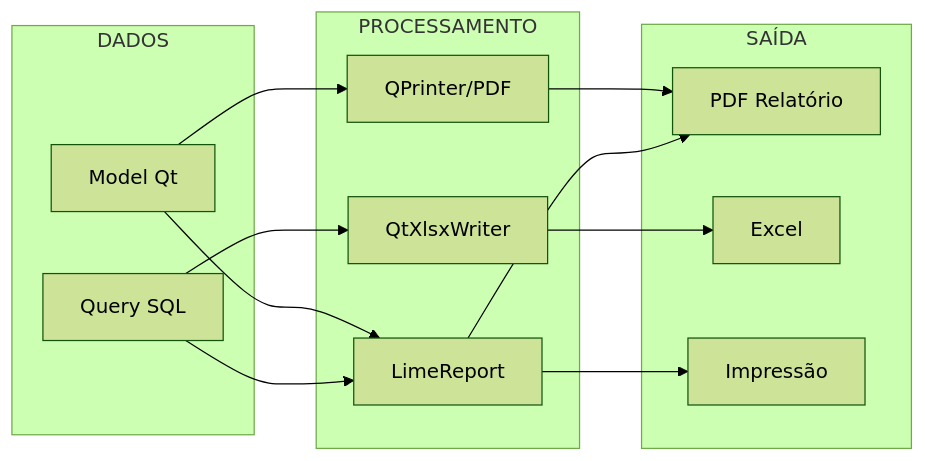
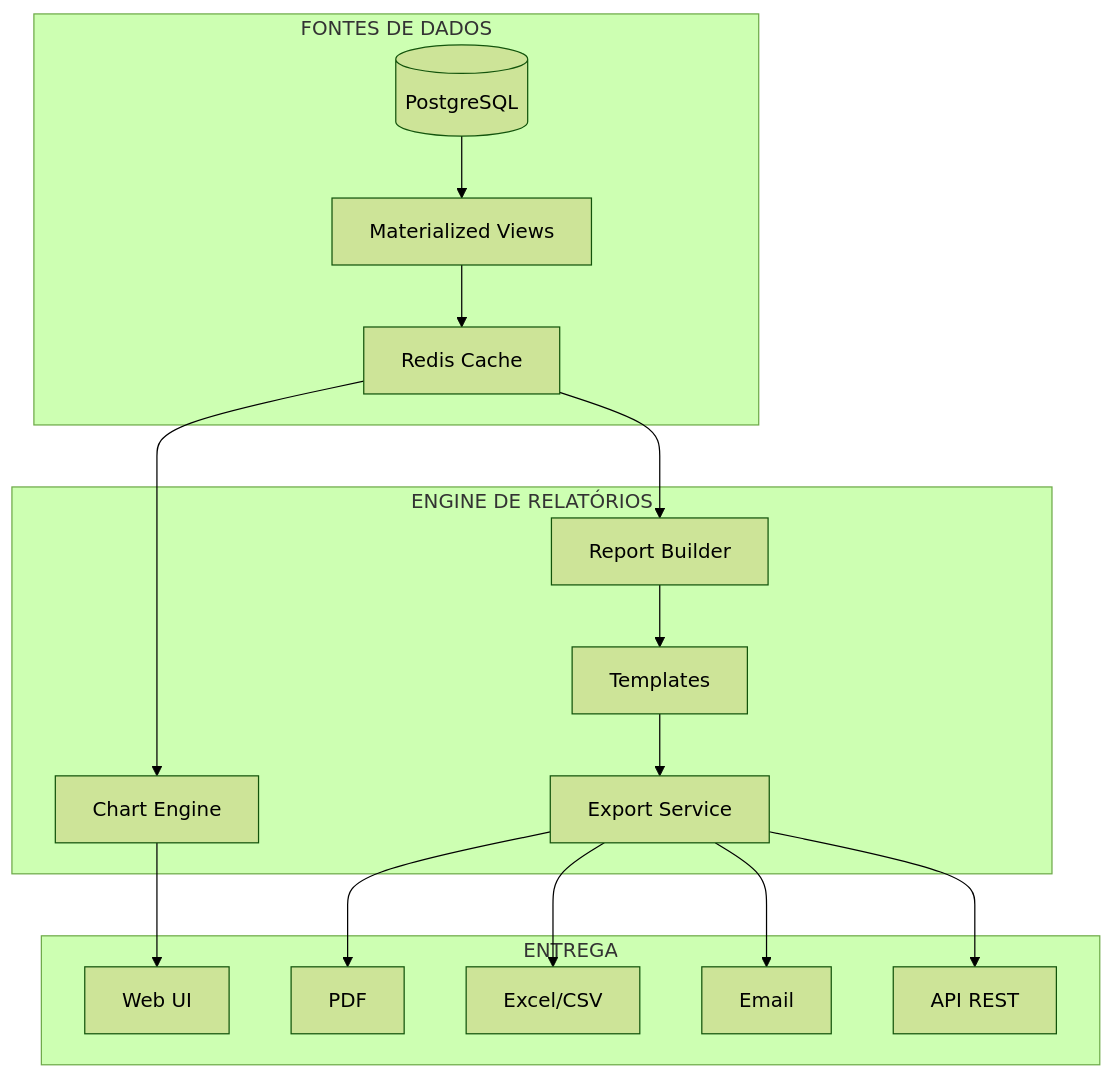
The diagram in .claude/next-gen/04-arquitetura/modulos/relatorios.md (darktorres/ERP-STACCATO), drawn with Mermaid (forest theme) before and after one commit. The commit also changed other lines of this file, not shown here.

First line of the commit message:
docs(relatorios): Add comprehensive 7-phase BI/reporting roadmap

````diff
--- a/.claude/next-gen/04-arquitetura/modulos/relatorios.md
+++ b/.claude/next-gen/04-arquitetura/modulos/relatorios.md
@@ -15,24 +28,33 @@
 ```mermaid
-flowchart LR
-    subgraph Dados["DADOS"]
-        Query["Query SQL"]
-        Model["Model Qt"]
+flowchart TB
+    subgraph Fontes["FONTES DE DADOS"]
+        DB[(PostgreSQL)]
+        Views["Materialized Views"]
+        Cache["Redis Cache"]
     end
 
-    subgraph Processamento["PROCESSAMENTO"]
-        LimeReport["LimeReport"]
-        Excel["QtXlsxWriter"]
-        PDF["QPrinter/PDF"]
+    subgraph Engine["ENGINE DE RELATÓRIOS"]
+        Builder["Report Builder"]
+        Templates["Templates"]
+        Charts["Chart Engine"]
+        Export["Export Service"]
     end
 
-    subgraph Saida["SAÍDA"]
-        RelPDF["PDF Relatório"]
-        RelExcel["Excel"]
-        Impressao["Impressão"]
+    subgraph Entrega["ENTREGA"]
+        Web["Web UI"]
+        PDF["PDF"]
+        Excel["Excel/CSV"]
+        Email["Email"]
+        API["API REST"]
     end
 
-    Query --> LimeReport --> RelPDF
-    Query --> Excel --> RelExcel
-    Model --> LimeReport --> Impressao
-    Model --> PDF --> RelPDF
+    DB --> Views --> Cache
+    Cache --> Builder
+    Cache --> Charts
+    Builder --> Templates --> Export
+    Charts --> Web
+    Export --> PDF
+    Export --> Excel
+    Export --> Email
+    Export --> API
 ```
````
